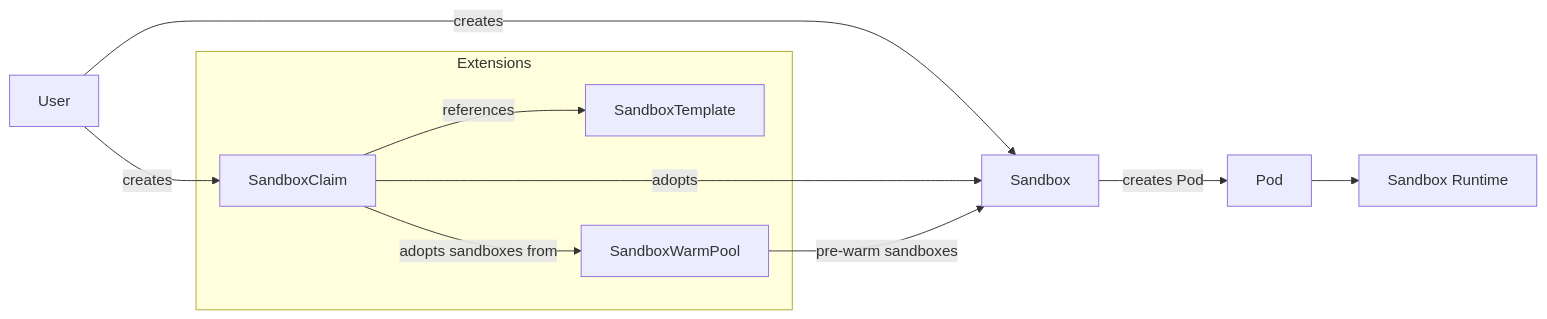
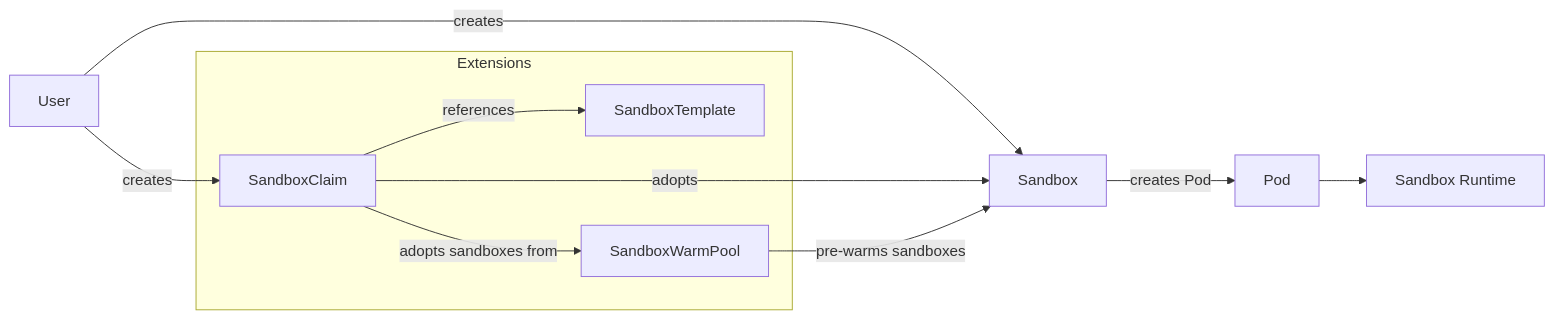
The diagram in README.md (kubernetes-sigs/agent-sandbox), drawn with Mermaid before and after one commit.

````diff
--- a/README.md
+++ b/README.md
@@ -46,38 +46,38 @@
 ```mermaid
 flowchart LR
 
     User[User]
 
     Claim[SandboxClaim]
     Template[SandboxTemplate]
     Sandbox[Sandbox]
 
     Pod[Pod]
     Runtime[Sandbox Runtime]
 
     WarmPool[SandboxWarmPool]
 
     subgraph Extensions[Extensions]
       Claim
       Template
       WarmPool
     end
 
     %% User paths
     User -->|creates| Sandbox
     User -->|creates| Claim
 
     %% Claim workflow
     Claim -->|references| Template
     Claim -->|adopts| Sandbox
 
     %% Pod handling
     Claim -->|adopts sandboxes from| WarmPool
     Sandbox -->|creates Pod| Pod
 
     %% Runtime
     Pod --> Runtime
 
     %% Warm pool
-    WarmPool -->|pre-warm sandboxes| Sandbox
+    WarmPool -->|pre-warms sandboxes| Sandbox
 ```
````
